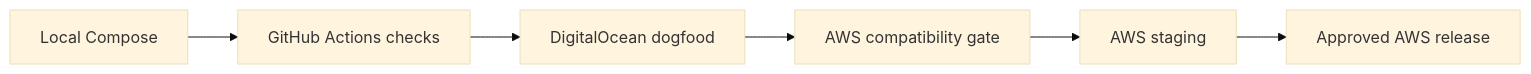
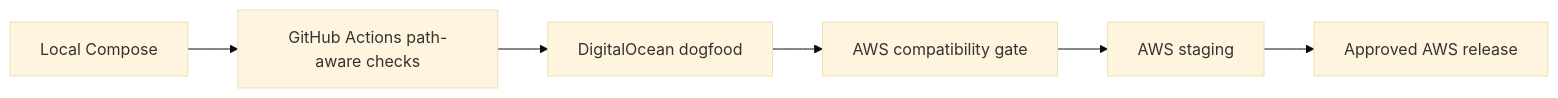
One commit to robsgreen/property-focus changed diagram 24 of 29 in specs/property-focus/master-plan.md. Above: the diagram before and after it, drawn with Mermaid (base theme). The commit also changed other lines of this file, not shown here.

````diff
--- a/specs/property-focus/master-plan.md
+++ b/specs/property-focus/master-plan.md
@@ -331,8 +523,8 @@
 ```mermaid
 flowchart LR
-    Dev[Local Compose] --> CI[GitHub Actions checks]
+    Dev[Local Compose] --> CI[GitHub Actions path-aware checks]
     CI --> Dogfood[DigitalOcean dogfood]
     Dogfood --> Gate[AWS compatibility gate]
     Gate --> Staging[AWS staging]
     Staging --> Release[Approved AWS release]
 ```
````
